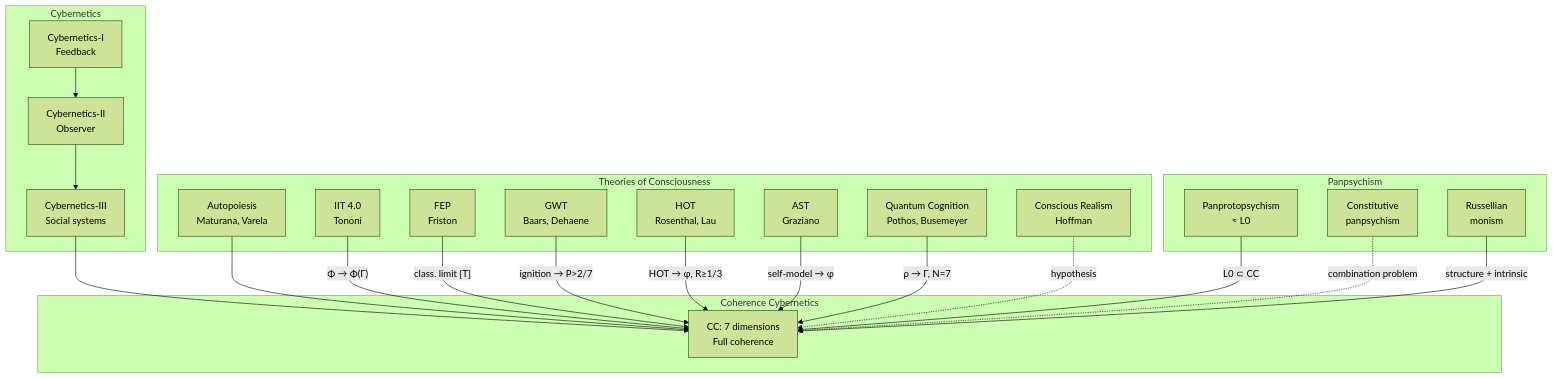
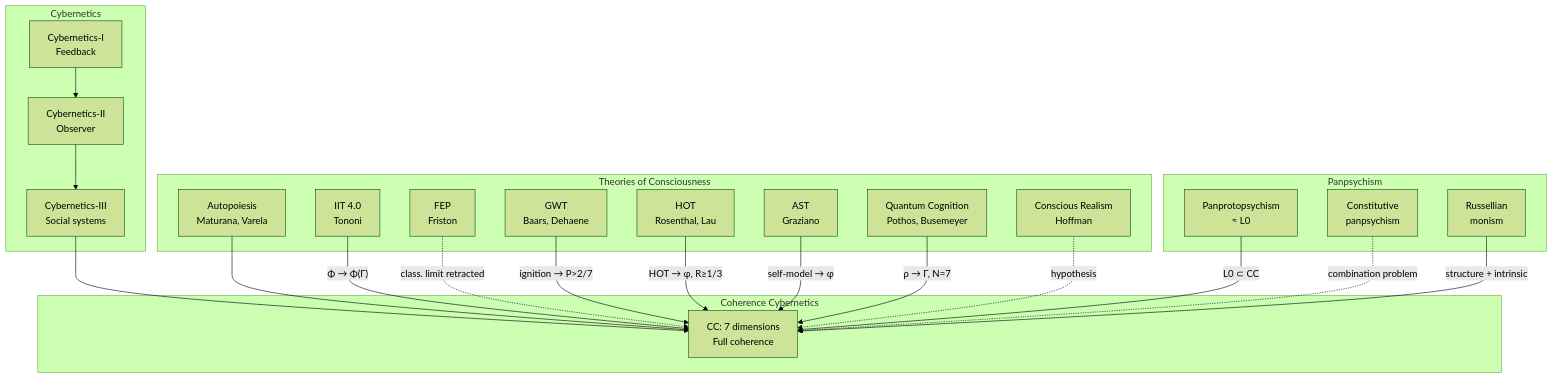
One commit to gst-st/uhm changed the first of 2 diagrams in website/docs/consciousness/comparative/consciousness-theories.md. Above: the diagram before and after it, drawn with Mermaid (forest theme). The commit also changed other lines of this file and 11 other files, not shown here.

````diff
--- a/website/docs/consciousness/comparative/consciousness-theories.md
+++ b/website/docs/consciousness/comparative/consciousness-theories.md
@@ -625,38 +618,38 @@
 ```mermaid
 graph TB
     subgraph "Coherence Cybernetics"
         KK[CC: 7 dimensions<br/>Full coherence]
     end
     subgraph "Cybernetics"
         C1[Cybernetics-I<br/>Feedback]
         C2[Cybernetics-II<br/>Observer]
         C3[Cybernetics-III<br/>Social systems]
     end
     subgraph "Theories of Consciousness"
         AP[Autopoiesis<br/>Maturana, Varela]
         IIT[IIT 4.0<br/>Tononi]
         FEP[FEP<br/>Friston]
         GWT2[GWT<br/>Baars, Dehaene]
         HOT2[HOT<br/>Rosenthal, Lau]
         AST2[AST<br/>Graziano]
         QC2[Quantum Cognition<br/>Pothos, Busemeyer]
         CR[Conscious Realism<br/>Hoffman]
     end
     subgraph "Panpsychism"
         PP[Panprotopsychism<br/>≈ L0]
         PC[Constitutive<br/>panpsychism]
         RM[Russellian<br/>monism]
     end
     C1 --> C2 --> C3 --> KK
     AP --> KK
     IIT -->|"Φ → Φ(Γ)"| KK
-    FEP -->|"class. limit [T]"| KK
+    FEP -.->|"class. limit retracted"| KK
     GWT2 -->|"ignition → P>2/7"| KK
     HOT2 -->|"HOT → φ, R≥1/3"| KK
     AST2 -->|"self-model → φ"| KK
     QC2 -->|"ρ → Γ, N=7"| KK
     CR -.->|"hypothesis"| KK
     PP -->|"L0 ⊂ CC"| KK
     PC -.->|"combination problem"| KK
     RM -->|"structure + intrinsic"| KK
 ```
````
